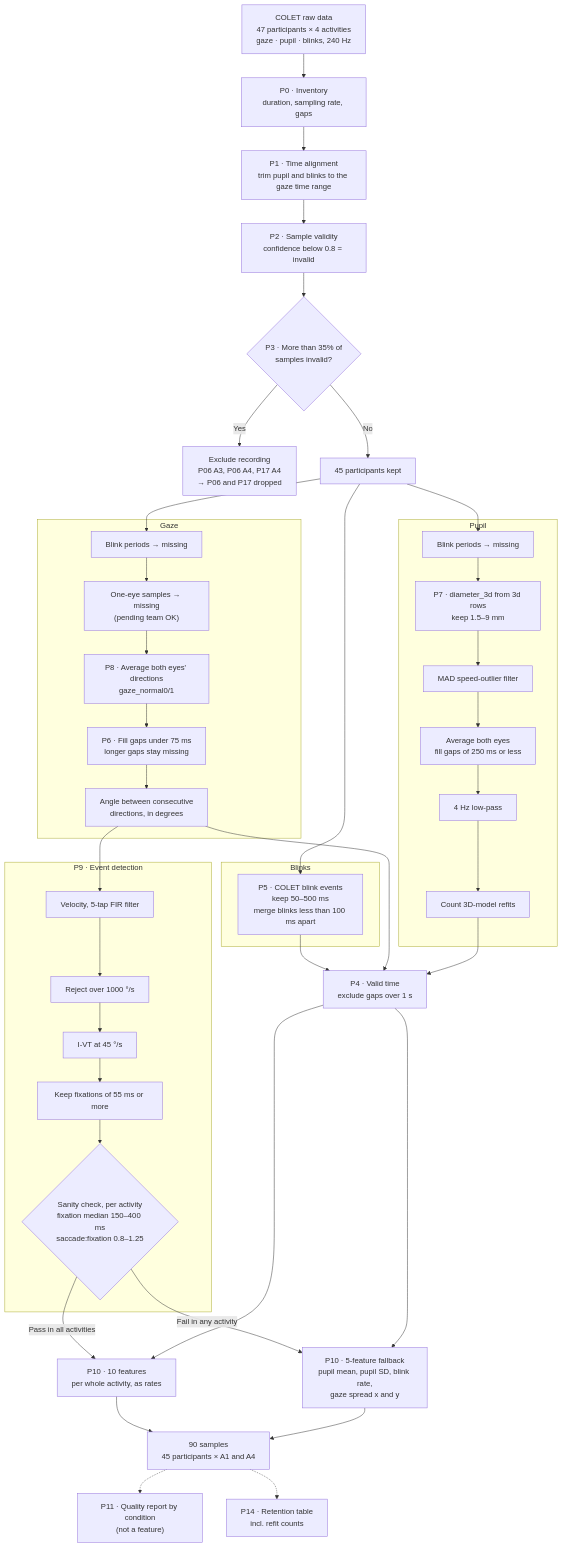
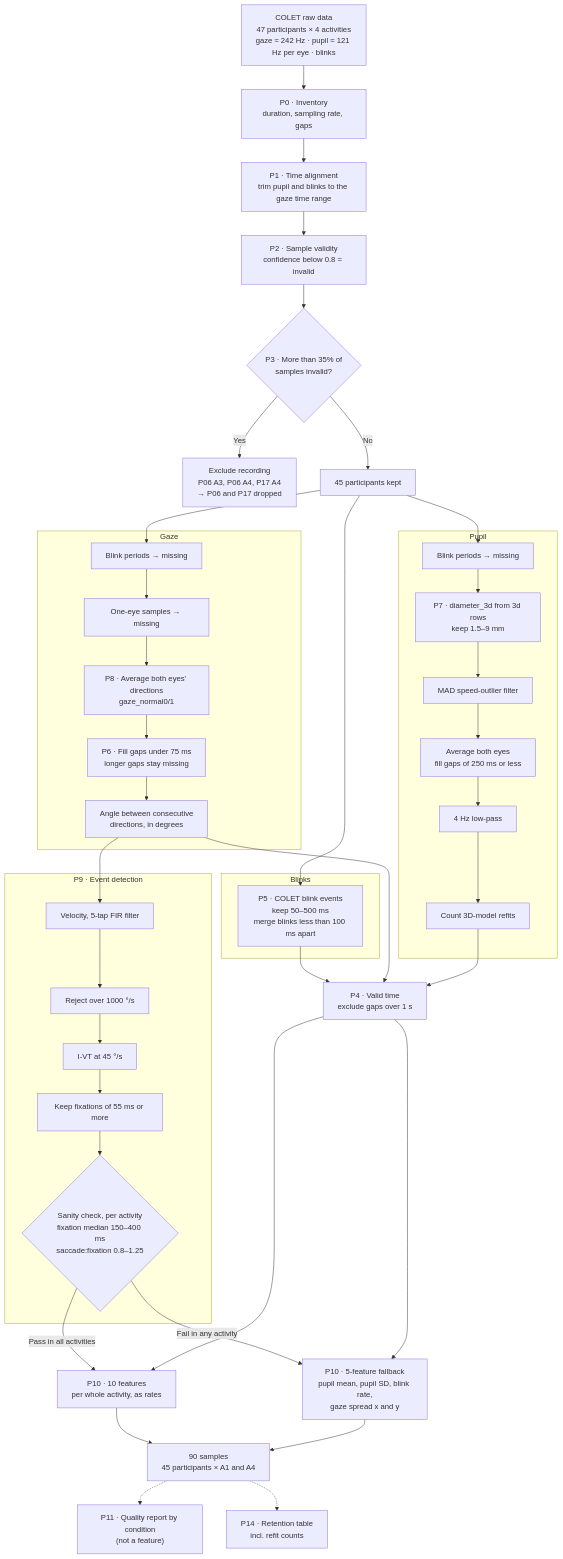
The second of 3 diagrams in docs/methodology-flowcharts.md (elmigue21/csrp), drawn with Mermaid before and after one commit. The commit also changed other lines of this file and 47 other files, not shown here.

````diff
--- a/docs/methodology-flowcharts.md
+++ b/docs/methodology-flowcharts.md
@@ -43,62 +43,62 @@
 ```mermaid
 flowchart TD
-    RAW["COLET raw data<br/>47 participants × 4 activities<br/>gaze · pupil · blinks, 240 Hz"]
+    RAW["COLET raw data<br/>47 participants × 4 activities<br/>gaze ≈ 242 Hz · pupil ≈ 121 Hz per eye · blinks"]
 
     RAW --> P0["P0 · Inventory<br/>duration, sampling rate, gaps"]
     P0 --> P1["P1 · Time alignment<br/>trim pupil and blinks to the gaze time range"]
     P1 --> P2["P2 · Sample validity<br/>confidence below 0.8 = invalid"]
     P2 --> P3{"P3 · More than 35% of<br/>samples invalid?"}
     P3 -- "Yes" --> EXC["Exclude recording<br/>P06 A3, P06 A4, P17 A4<br/>→ P06 and P17 dropped"]
     P3 -- "No" --> KEEP["45 participants kept"]
 
     KEEP --> BL
     KEEP --> GZ
     KEEP --> PU
 
     subgraph BLINKS["Blinks"]
         BL["P5 · COLET blink events<br/>keep 50–500 ms<br/>merge blinks less than 100 ms apart"]
     end
 
     subgraph GAZE["Gaze"]
         GZ["Blink periods → missing"]
-        GZ --> G1["One-eye samples → missing<br/>(pending team OK)"]
+        GZ --> G1["One-eye samples → missing"]
         G1 --> G2["P8 · Average both eyes' directions<br/>gaze_normal0/1"]
         G2 --> G3["P6 · Fill gaps under 75 ms<br/>longer gaps stay missing"]
         G3 --> G4["Angle between consecutive<br/>directions, in degrees"]
     end
 
     subgraph EVENTS["P9 · Event detection"]
         E1["Velocity, 5-tap FIR filter"]
         E1 --> E2["Reject over 1000 °/s"]
         E2 --> E3["I-VT at 45 °/s"]
         E3 --> E4["Keep fixations of 55 ms or more"]
         E4 --> SC{"Sanity check, per activity<br/>fixation median 150–400 ms<br/>saccade:fixation 0.8–1.25"}
     end
 
     subgraph PUPIL["Pupil"]
         PU["Blink periods → missing"]
         PU --> U1["P7 · diameter_3d from 3d rows<br/>keep 1.5–9 mm"]
         U1 --> U2["MAD speed-outlier filter"]
         U2 --> U3["Average both eyes<br/>fill gaps of 250 ms or less"]
         U3 --> U4["4 Hz low-pass"]
         U4 --> U5["Count 3D-model refits"]
     end
 
     G4 --> E1
     BL --> VT
     G4 --> VT
     U5 --> VT
 
     VT["P4 · Valid time<br/>exclude gaps over 1 s"]
 
     SC -- "Pass in all activities" --> F10["P10 · 10 features<br/>per whole activity, as rates"]
     SC -- "Fail in any activity" --> F5["P10 · 5-feature fallback<br/>pupil mean, pupil SD, blink rate,<br/>gaze spread x and y"]
     VT --> F10
     VT --> F5
 
     F10 --> OUT["90 samples<br/>45 participants × A1 and A4"]
     F5 --> OUT
 
     OUT -.-> QR["P11 · Quality report by condition<br/>(not a feature)"]
     OUT -.-> RT["P14 · Retention table<br/>incl. refit counts"]
 ```
````
